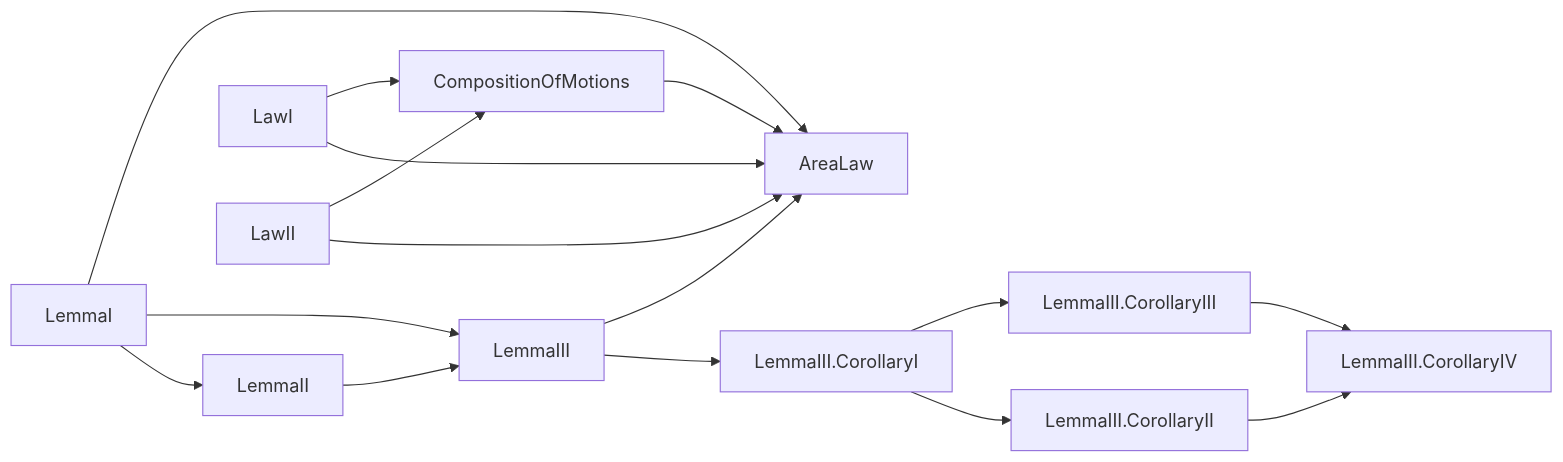
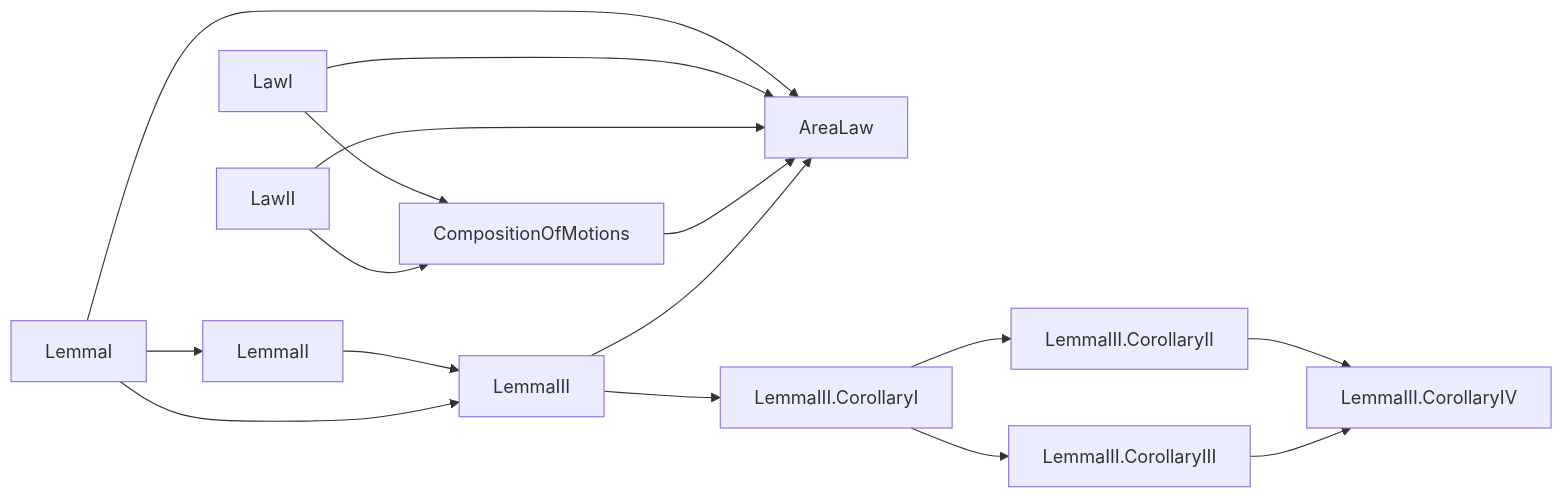
Before and after one commit to arivero/newtonlean: the seventh of 7 diagrams in research/figures.md, drawn with Mermaid. The commit also changed other lines of this file and 4 other files, not shown here.

````diff
--- a/research/figures.md
+++ b/research/figures.md
@@ -187,18 +187,18 @@
 ```mermaid
 flowchart LR
   LemmaII["LemmaII"] --> LemmaIII["LemmaIII"]
+  LemmaI["LemmaI"] --> AreaLaw["AreaLaw"]
   LawI["LawI"] --> CompositionOfMotions["CompositionOfMotions"]
   LawII["LawII"] --> CompositionOfMotions["CompositionOfMotions"]
   LawI["LawI"] --> AreaLaw["AreaLaw"]
   LawII["LawII"] --> AreaLaw["AreaLaw"]
   CompositionOfMotions["CompositionOfMotions"] --> AreaLaw["AreaLaw"]
   LemmaIII["LemmaIII"] --> AreaLaw["AreaLaw"]
-  LemmaI["LemmaI"] --> AreaLaw["AreaLaw"]
   LemmaI["LemmaI"] --> LemmaIII["LemmaIII"]
   LemmaIII_CorollaryII["LemmaIII.CorollaryII"] --> LemmaIII_CorollaryIV["LemmaIII.CorollaryIV"]
   LemmaIII_CorollaryIII["LemmaIII.CorollaryIII"] --> LemmaIII_CorollaryIV["LemmaIII.CorollaryIV"]
   LemmaIII_CorollaryI["LemmaIII.CorollaryI"] --> LemmaIII_CorollaryIII["LemmaIII.CorollaryIII"]
   LemmaI["LemmaI"] --> LemmaII["LemmaII"]
   LemmaIII_CorollaryI["LemmaIII.CorollaryI"] --> LemmaIII_CorollaryII["LemmaIII.CorollaryII"]
   LemmaIII["LemmaIII"] --> LemmaIII_CorollaryI["LemmaIII.CorollaryI"]
 ```
````
